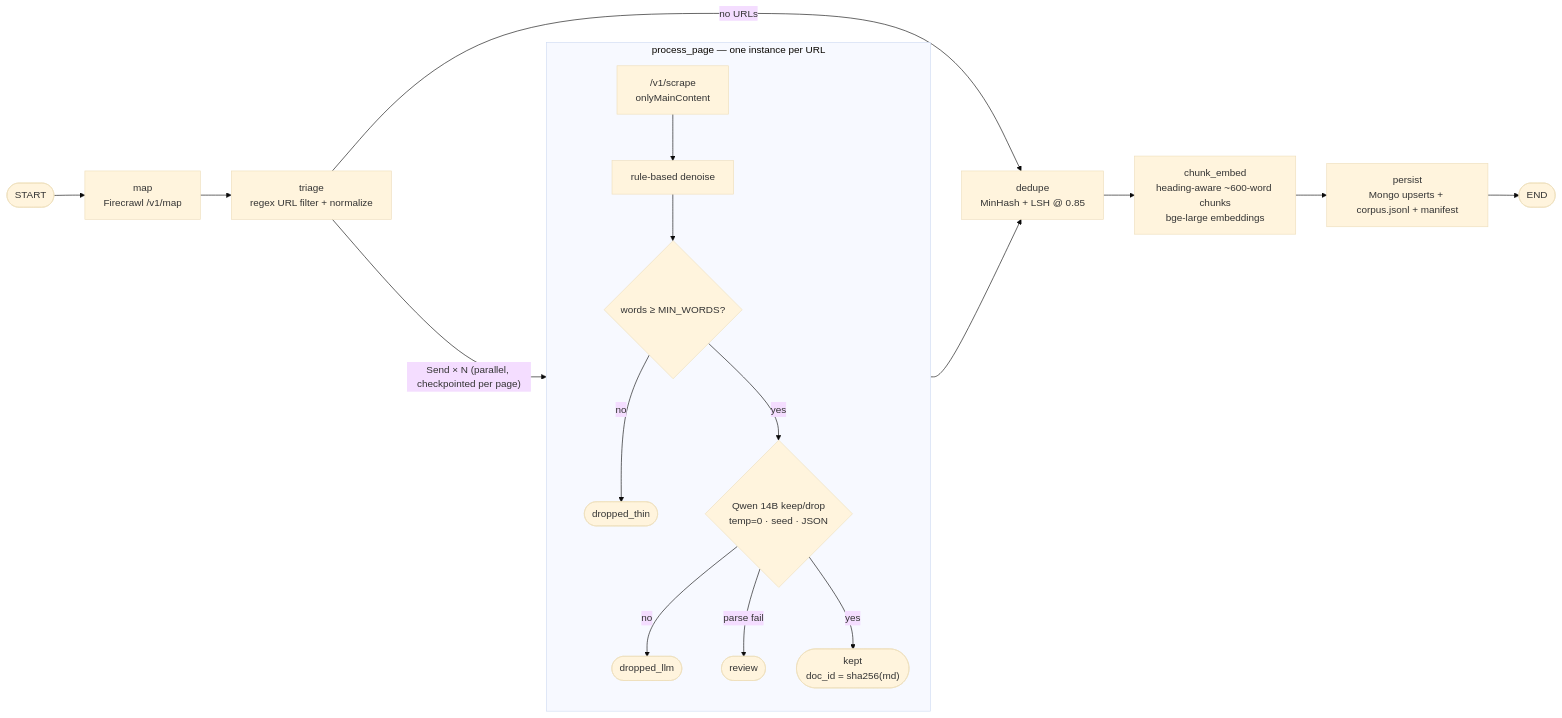
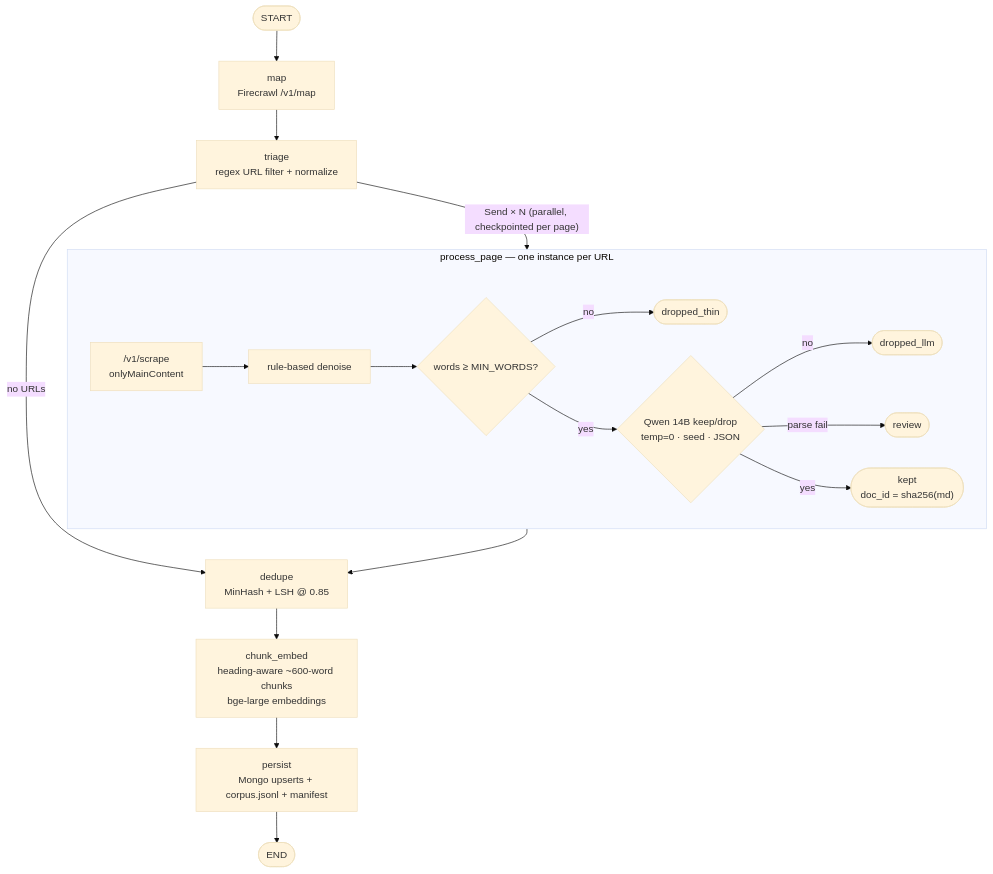
Before and after one commit to drintoul/extractor: the diagram in README.md, drawn with Mermaid (base theme). The commit also changed 1 other file, not shown here.

Commit message:
Remove default values from environment variables in docker-compose and fix flowchart orientation

````diff
--- a/README.md
+++ b/README.md
@@ -80,22 +80,22 @@
 ```mermaid
-flowchart LR
+flowchart TD
     S([START]) --> map["map<br/>Firecrawl /v1/map"]
     map --> triage["triage<br/>regex URL filter + normalize"]
     triage -- "Send × N (parallel, checkpointed per page)" --> pp
     triage -- "no URLs" --> dedupe
 
     subgraph pp["process_page — one instance per URL"]
         scrape["/v1/scrape<br/>onlyMainContent"] --> clean["rule-based denoise"]
         clean --> thin{"words ≥ MIN_WORDS?"}
         thin -- "no" --> drop(["dropped_thin"])
         thin -- "yes" --> llm{"Qwen 14B keep/drop<br/>temp=0 · seed · JSON"}
         llm -- "no" --> drop2(["dropped_llm"])
         llm -- "parse fail" --> review(["review"])
         llm -- "yes" --> keep(["kept<br/>doc_id = sha256(md)"])
     end
 
     pp --> dedupe["dedupe<br/>MinHash + LSH @ 0.85"]
     dedupe --> ce["chunk_embed<br/>heading-aware ~600-word chunks<br/>bge-large embeddings"]
     ce --> persist["persist<br/>Mongo upserts + corpus.jsonl + manifest"]
     persist --> E([END])
 ```
````
